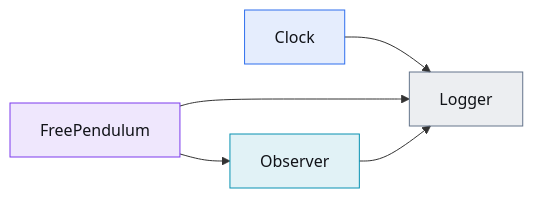
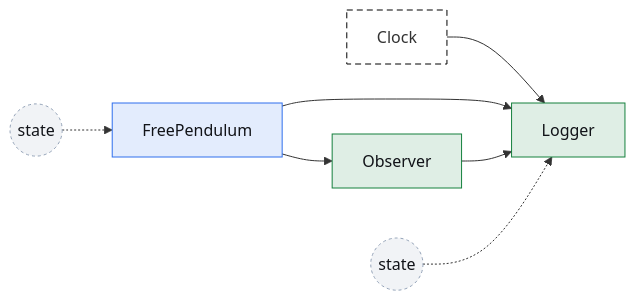
One commit to aidagroup/regelum changed the second of 2 diagrams in docs/examples/free_pendulum.md. Above: the diagram before and after it, drawn with Mermaid. The commit also changed other lines of this file and 11 other files, not shown here.

````diff
--- a/docs/examples/free_pendulum.md
+++ b/docs/examples/free_pendulum.md
@@ -60,16 +189,18 @@
 ```mermaid
 flowchart LR
     clock["Clock"] --> logger["Logger"]
     pendulum["FreePendulum"] --> observer["Observer"]
     pendulum --> logger
     observer --> logger
+    pendulum_state(("state")) -.-> pendulum
+    logger_state(("state")) -.-> logger
 
-    classDef pendulum fill:#7c3aed1f,stroke:#7c3aed,color:#111318
-    classDef observer fill:#0891b21f,stroke:#0891b2,color:#111318
-    classDef logger fill:#64748b1f,stroke:#64748b,color:#111318
-    classDef clock fill:#2f6fed1f,stroke:#2f6fed,color:#111318
-    class pendulum pendulum
-    class observer observer
-    class logger logger
+    classDef plant fill:#2f6fed22,stroke:#2f6fed,color:#111318
+    classDef observe fill:#15803d22,stroke:#15803d,color:#111318
+    classDef clock fill:transparent,stroke:currentColor,stroke-dasharray:6 4
+    classDef state fill:#94a3b822,stroke:#94a3b8,stroke-dasharray:3 3,color:#111318
+    class pendulum plant
+    class observer,logger observe
     class clock clock
+    class pendulum_state,logger_state state
 ```
````
